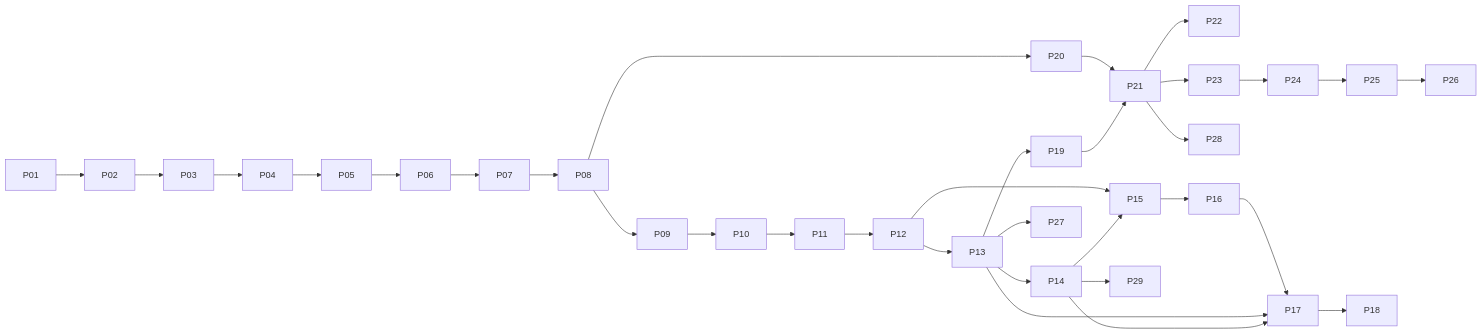
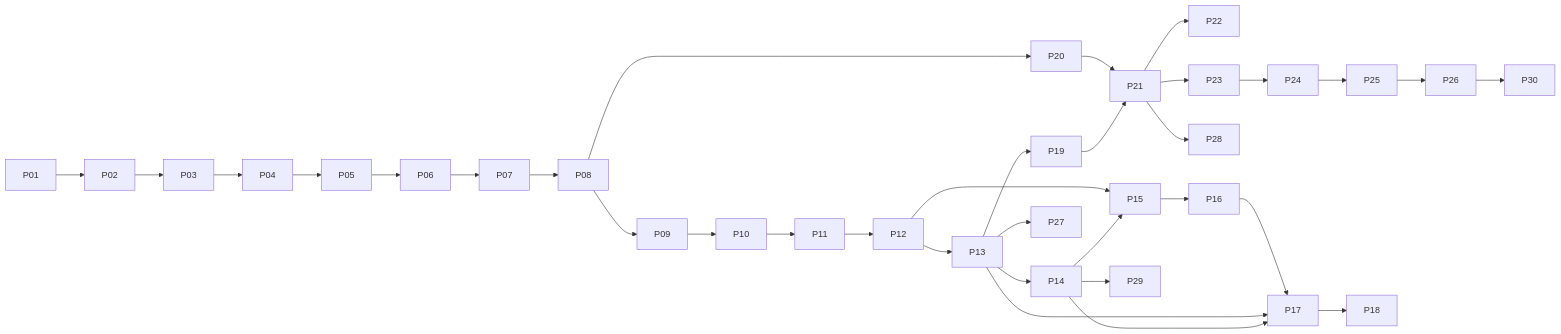
Before and after one commit to takemo101/ambien: the diagram in docs/implementation-plan.md, drawn with Mermaid. The commit also changed other lines of this file and 6 other files, not shown here.

````diff
--- a/docs/implementation-plan.md
+++ b/docs/implementation-plan.md
@@ -108,19 +108,20 @@
 ```mermaid
 flowchart LR
  P01 --> P02 --> P03 --> P04 --> P05 --> P06 --> P07 --> P08 --> P09 --> P10 --> P11 --> P12 --> P13 --> P14
  P12 --> P15
  P13 --> P19
  P08 --> P20
  P20 --> P21
  P19 --> P21
  P21 --> P22
  P21 --> P23
  P23 --> P24 --> P25
  P13 --> P27
  P21 --> P28
  P14 --> P29
+ P26 --> P30
  P25 --> P26
  P14 --> P15 --> P16 --> P17 --> P18
  P13 --> P17
  P14 --> P17
 ```
````
